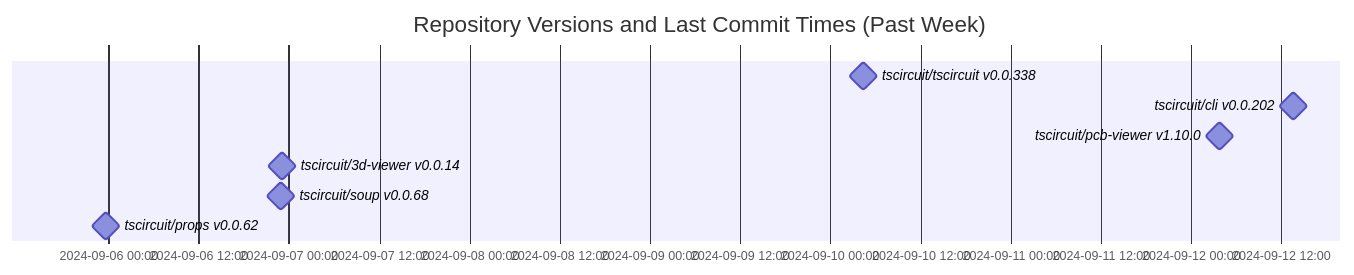
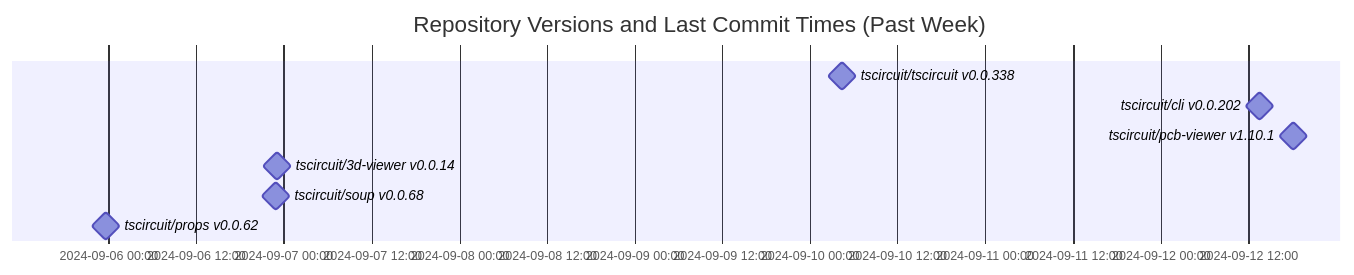
Before and after one commit to tscircuit/version-tracker: the diagram in README.md, drawn with Mermaid.

Commit message:
Update chart

````diff
--- a/README.md
+++ b/README.md
@@ -1,13 +1,13 @@
 ```mermaid
 gantt
   dateFormat  YYYY-MM-DD HH:mm:ss
   title Repository Versions and Last Commit Times (Past Week)
   axisFormat %Y-%m-%d %H:%M
 
   tscircuit/tscircuit v0.0.338 : milestone, 2024-09-10 04:23:10, 1s
   tscircuit/cli v0.0.202 : milestone, 2024-09-12 13:37:53, 1s
-  tscircuit/pcb-viewer v1.10.0 : milestone, 2024-09-12 03:50:17, 1s
+  tscircuit/pcb-viewer v1.10.1 : milestone, 2024-09-12 18:10:30, 1s
   tscircuit/3d-viewer v0.0.14 : milestone, 2024-09-06 23:07:26, 1s
   tscircuit/soup v0.0.68 : milestone, 2024-09-06 22:51:33, 1s
   tscircuit/props v0.0.62 : milestone, 2024-09-05 23:38:33, 1s
 ```
````
